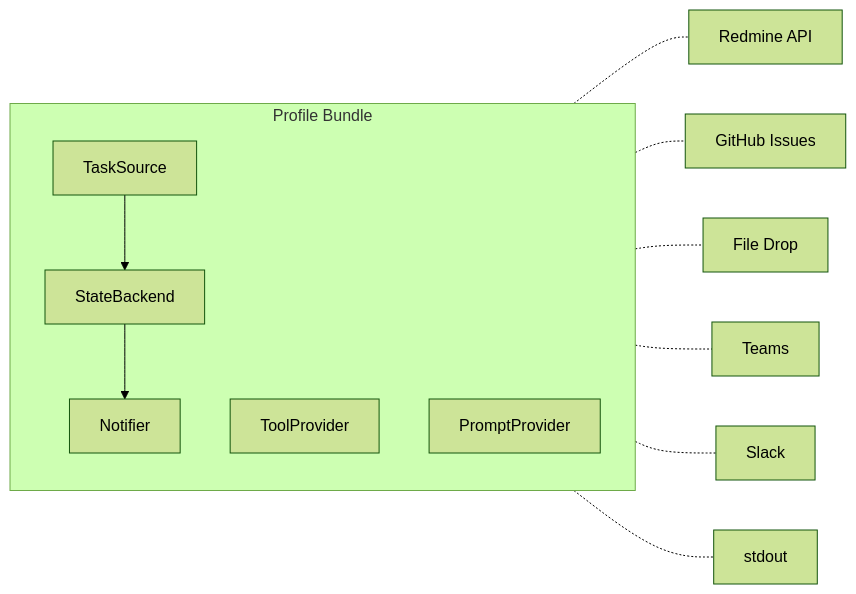
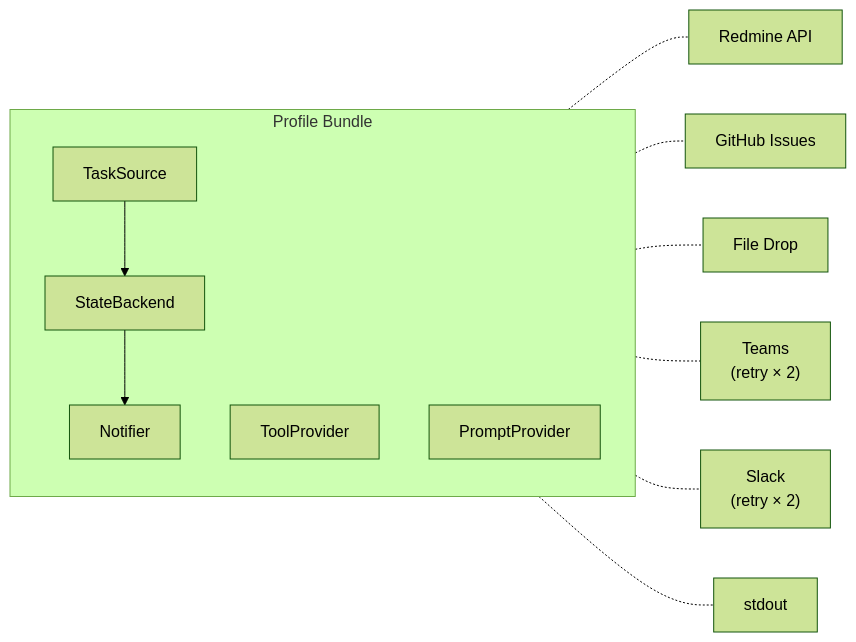
Before and after one commit to itsmeboris/Golem: the fifth of 5 diagrams in docs/architecture.md, drawn with Mermaid (forest theme). The commit also changed other lines of this file and 1 other file, not shown here.

First line of the commit message:
docs: update mermaid diagrams for v0.3.0 security and startup features

````diff
--- a/docs/architecture.md
+++ b/docs/architecture.md
@@ -206,18 +217,18 @@
 ```mermaid
 flowchart LR
     subgraph profile ["Profile Bundle"]
         direction TB
         ts["TaskSource"] --> sb["StateBackend"]
         sb --> nf["Notifier"]
         tp["ToolProvider"]
         pp["PromptProvider"]
     end
 
     ts -.- redmine["Redmine API"]
     ts -.- github["GitHub Issues"]
     ts -.- filedrop["File Drop"]
 
-    nf -.- teams["Teams"]
-    nf -.- slack["Slack"]
+    nf -.- teams["Teams<br/>(retry × 2)"]
+    nf -.- slack["Slack<br/>(retry × 2)"]
     nf -.- log["stdout"]
 ```
````
